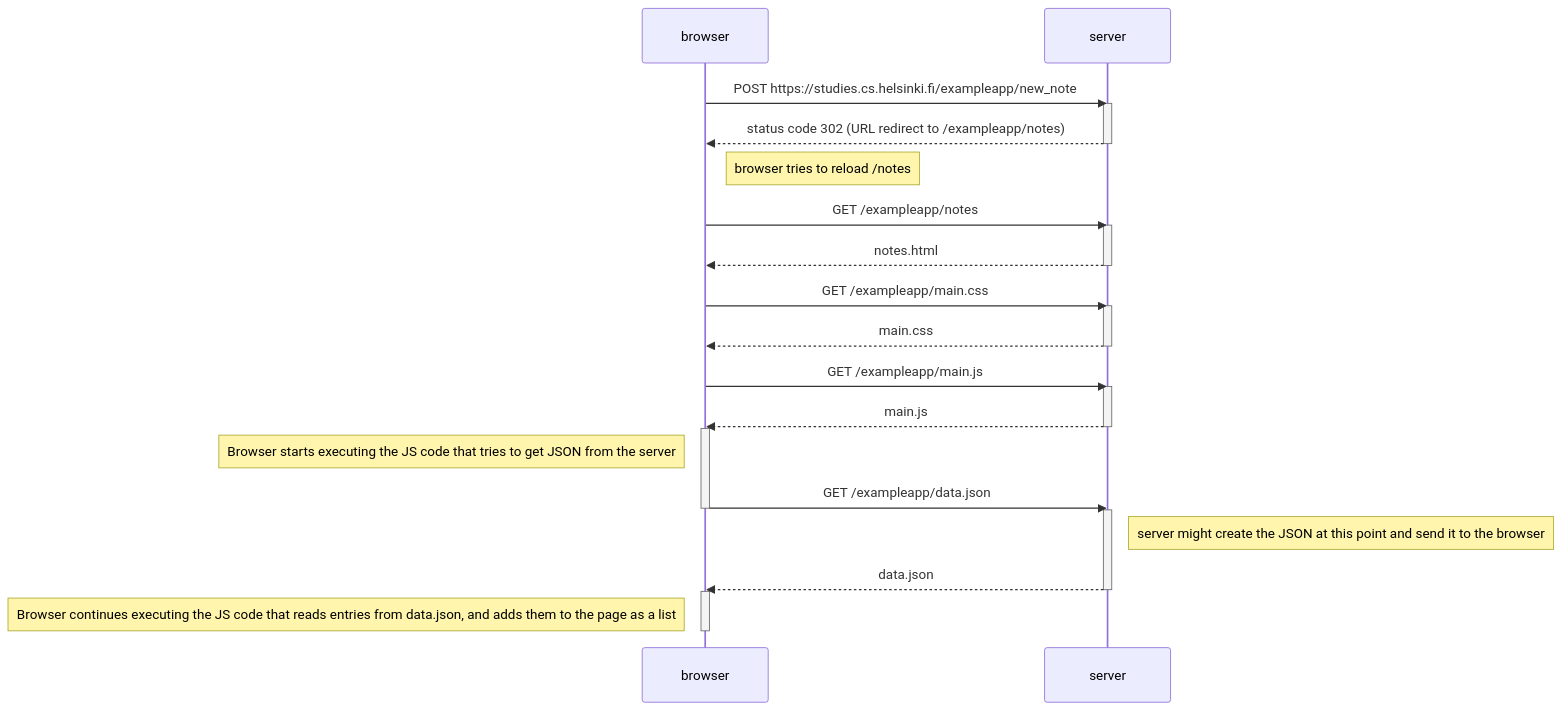
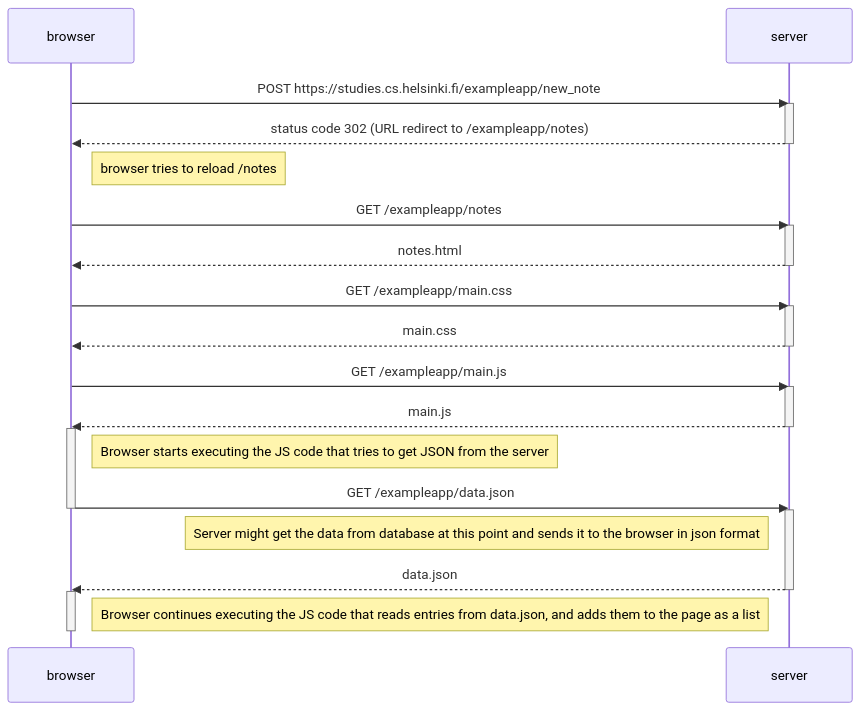
The diagram in part0/newNoteDiagram.md (JanneSaari/fullstackopen-exercises), drawn with Mermaid before and after one commit. The commit also changed other lines of this file, not shown here.

Commit message:
Make small changes to diagram layout

````diff
--- a/part0/newNoteDiagram.md
+++ b/part0/newNoteDiagram.md
@@ -3,41 +3,41 @@
 ```mermaid
 sequenceDiagram
     participant browser
     participant server
 
     browser->>server: POST https://studies.cs.helsinki.fi/exampleapp/new_note
     activate server
     server-->>browser: status code 302 (URL redirect to /exampleapp/notes)
     deactivate server
 
     Note right of browser: browser tries to reload /notes
 
     browser->>server: GET /exampleapp/notes
     activate server
     server-->>browser: notes.html
     deactivate server
 
     browser->>server: GET /exampleapp/main.css
     activate server
     server-->>browser: main.css
     deactivate server
 
     browser->>server: GET /exampleapp/main.js
     activate server
     server-->>browser: main.js
     deactivate server
     activate browser
-    Note left of browser: Browser starts executing the JS code that tries to get JSON from the server
+    Note right of browser: Browser starts executing the JS code that tries to get JSON from the server
 
     browser->>server: GET /exampleapp/data.json
     deactivate browser
     activate server
-    Note right of server: server might create the JSON at this point and send it to the browser
+    Note left of server: Server might get the data from database at this point and sends it to the browser in json format
     server-->>browser: data.json
     deactivate server
 
     activate browser
-    Note left of browser: Browser continues executing the JS code that reads entries from data.json, and adds them to the page as a list
+    Note right of browser: Browser continues executing the JS code that reads entries from data.json, and adds them to the page as a list
     deactivate browser
 
 ```
````
